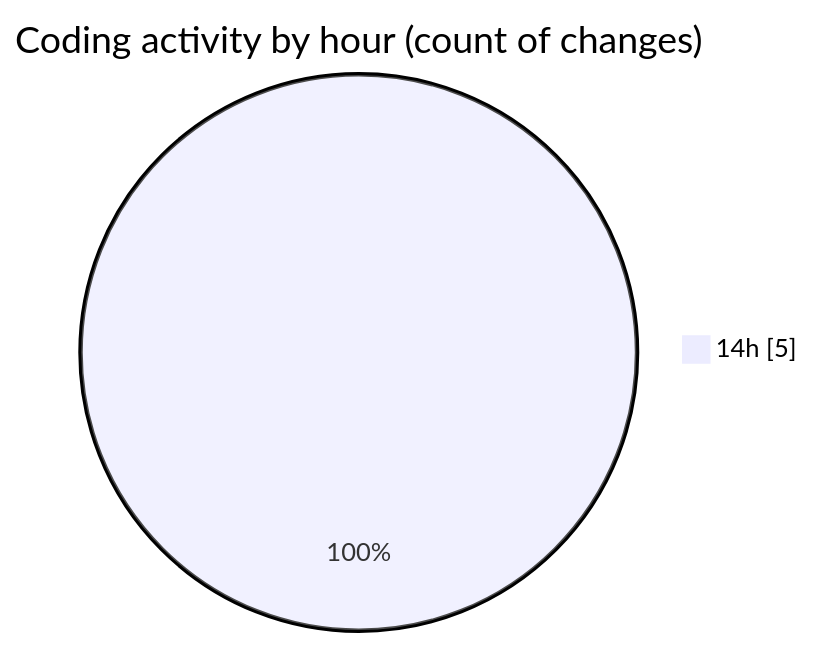
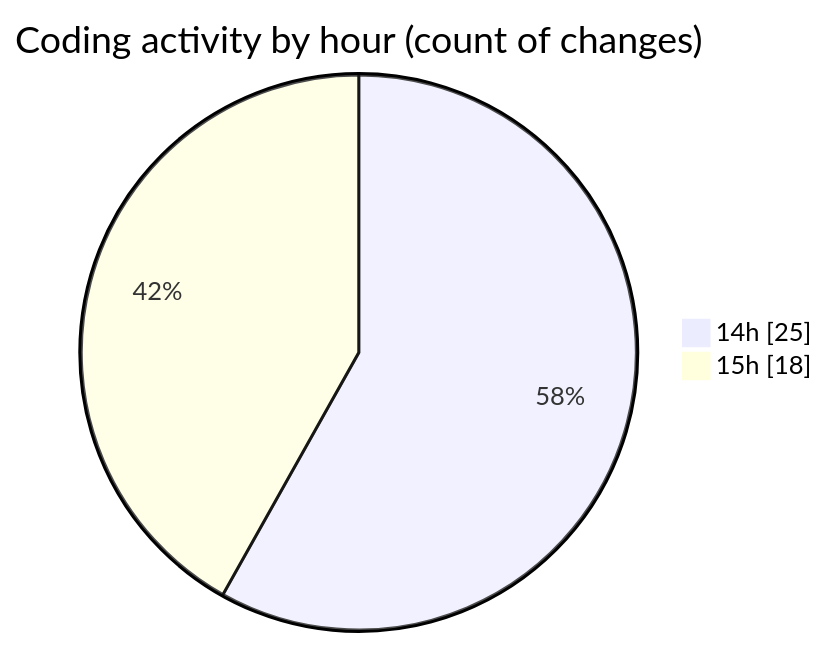
The second of 2 diagrams in 2026-03-14/ai_assignment/README.md (Unknowalive/code-tracking), drawn with Mermaid before and after one commit. The commit also changed other lines of this file and 1 other file, not shown here.

````diff
--- a/2026-03-14/ai_assignment/README.md
+++ b/2026-03-14/ai_assignment/README.md
@@ -29,5 +36,6 @@
 ```mermaid
 pie showData
 title Coding activity by hour (count of changes)
-"14h" : 5
+"14h" : 25
+"15h" : 18
 ```
````
